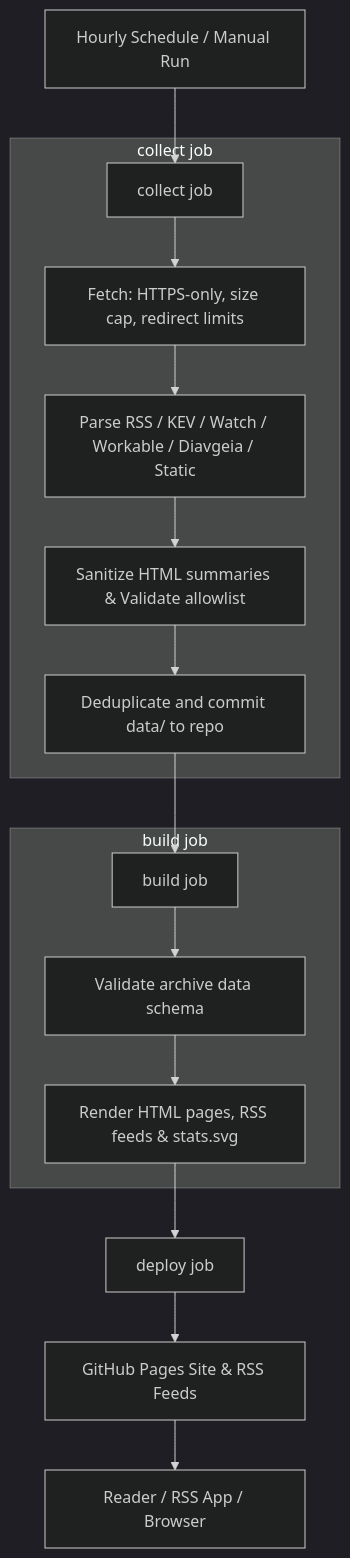
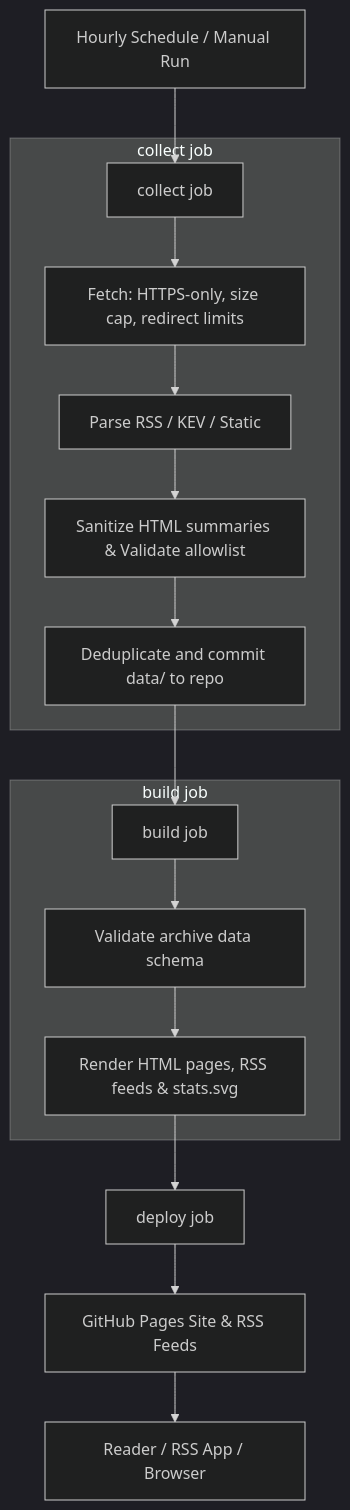
One commit to Chris-0001/threat-feed changed the diagram in README.md. Above: the diagram before and after it, drawn with Mermaid (dark theme). The commit also changed other lines of this file and 4 other files, not shown here.

````diff
--- a/README.md
+++ b/README.md
@@ -14,18 +14,18 @@
 ```mermaid
 flowchart TD
     A[Hourly Schedule / Manual Run] --> B[collect job]
     subgraph collect job
         B --> B1[Fetch: HTTPS-only, size cap, redirect limits]
-        B1 --> B2[Parse RSS / KEV / Watch / Workable / Diavgeia / Static]
+        B1 --> B2[Parse RSS / KEV / Static]
         B2 --> B3[Sanitize HTML summaries & Validate allowlist]
         B3 --> B4[Deduplicate and commit data/ to repo]
     end
     B4 --> C[build job]
     subgraph build job
         C --> C1[Validate archive data schema]
         C1 --> C2[Render HTML pages, RSS feeds & stats.svg]
     end
     C2 --> D[deploy job]
     D --> E[GitHub Pages Site & RSS Feeds]
     E --> F[Reader / RSS App / Browser]
 ```
````
